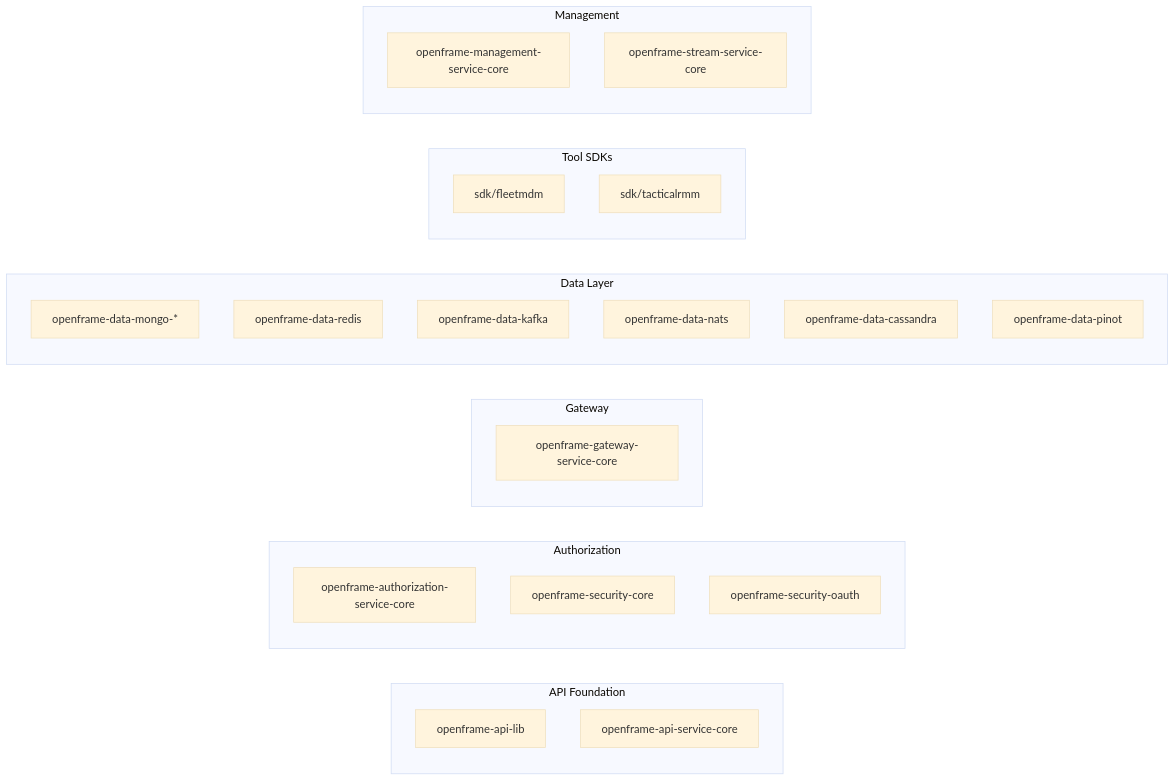
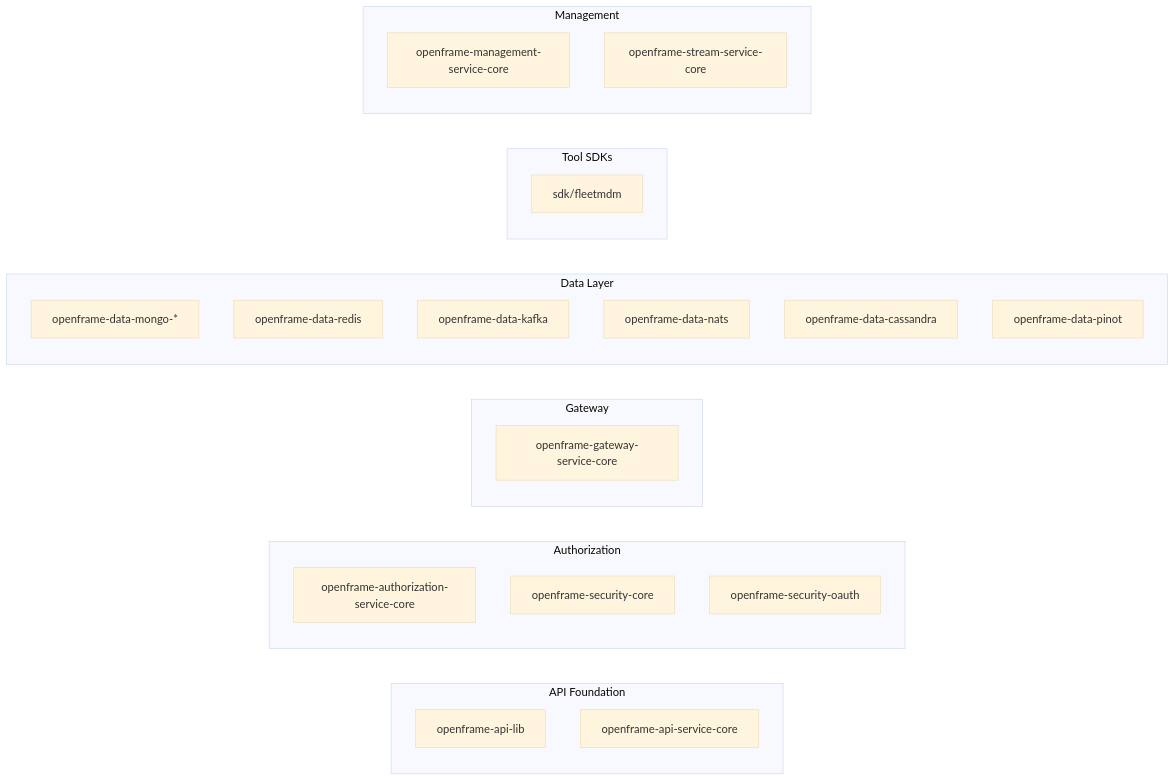
The second of 2 diagrams in docs/getting-started/introduction.md (flamingo-stack/openframe-oss-lib), drawn with Mermaid (base theme) before and after one commit. The commit also changed other lines of this file and 51 other files, not shown here.

````diff
--- a/docs/getting-started/introduction.md
+++ b/docs/getting-started/introduction.md
@@ -82,31 +82,30 @@
 ```mermaid
 graph LR
     subgraph apiFoundation["API Foundation"]
         A1["openframe-api-lib"]
         A2["openframe-api-service-core"]
     end
     subgraph auth["Authorization"]
         B1["openframe-authorization-service-core"]
         B2["openframe-security-core"]
         B3["openframe-security-oauth"]
     end
     subgraph gateway["Gateway"]
         C1["openframe-gateway-service-core"]
     end
     subgraph data["Data Layer"]
         D1["openframe-data-mongo-*"]
         D2["openframe-data-redis"]
         D3["openframe-data-kafka"]
         D4["openframe-data-nats"]
         D5["openframe-data-cassandra"]
         D6["openframe-data-pinot"]
     end
     subgraph tools["Tool SDKs"]
         E1["sdk/fleetmdm"]
-        E2["sdk/tacticalrmm"]
     end
     subgraph management["Management"]
         F1["openframe-management-service-core"]
         F2["openframe-stream-service-core"]
     end
 ```
````
